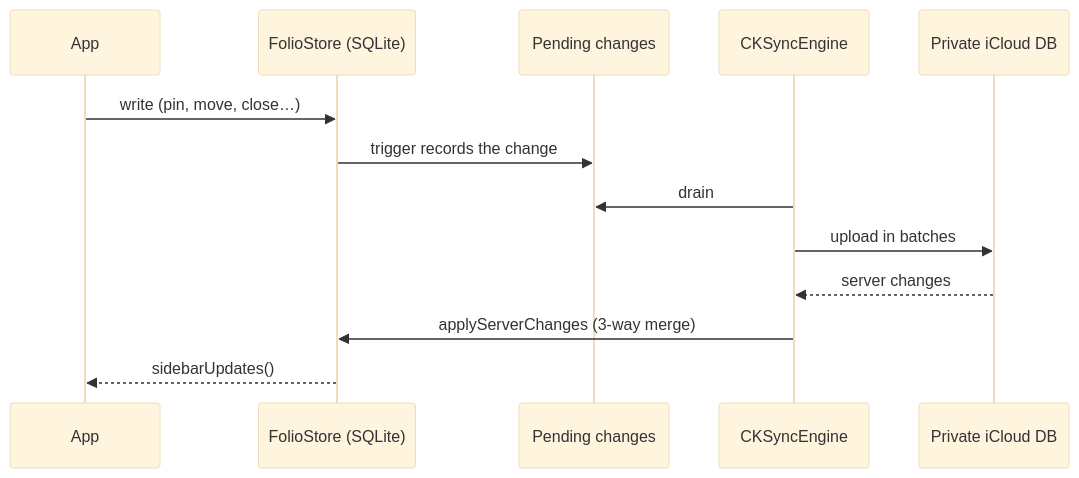
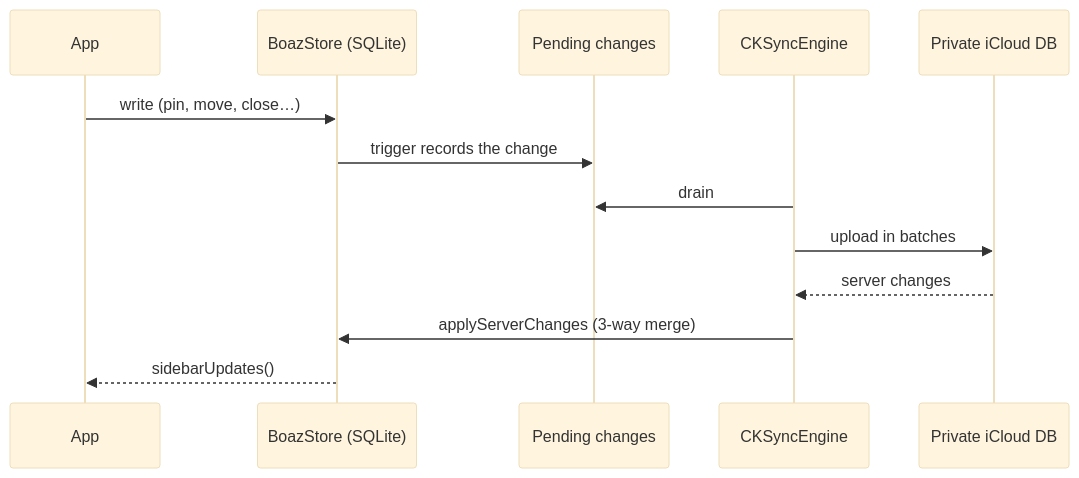
Before and after one commit to chenkahana/Boaz: the diagram in docs/architecture.md, drawn with Mermaid (base theme). The commit also changed other lines of this file and 86 other files, not shown here.

First line of the commit message:
Rename the product from Folio to Boaz

````diff
--- a/docs/architecture.md
+++ b/docs/architecture.md
@@ -48,15 +48,15 @@
 ```mermaid
 sequenceDiagram
     participant UI as App
-    participant Store as FolioStore (SQLite)
+    participant Store as BoazStore (SQLite)
     participant Queue as Pending changes
     participant Engine as CKSyncEngine
     participant CK as Private iCloud DB
     UI->>Store: write (pin, move, close…)
     Store->>Queue: trigger records the change
     Engine->>Queue: drain
     Engine->>CK: upload in batches
     CK-->>Engine: server changes
     Engine->>Store: applyServerChanges (3-way merge)
     Store-->>UI: sidebarUpdates()
 ```
````
